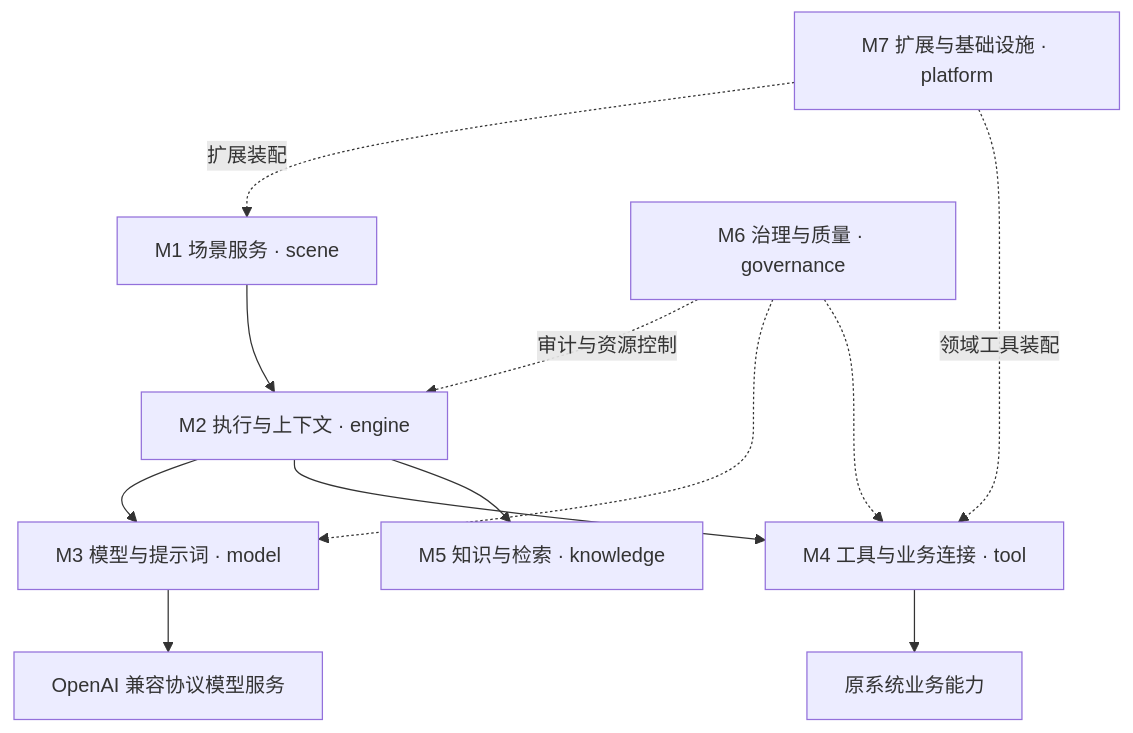
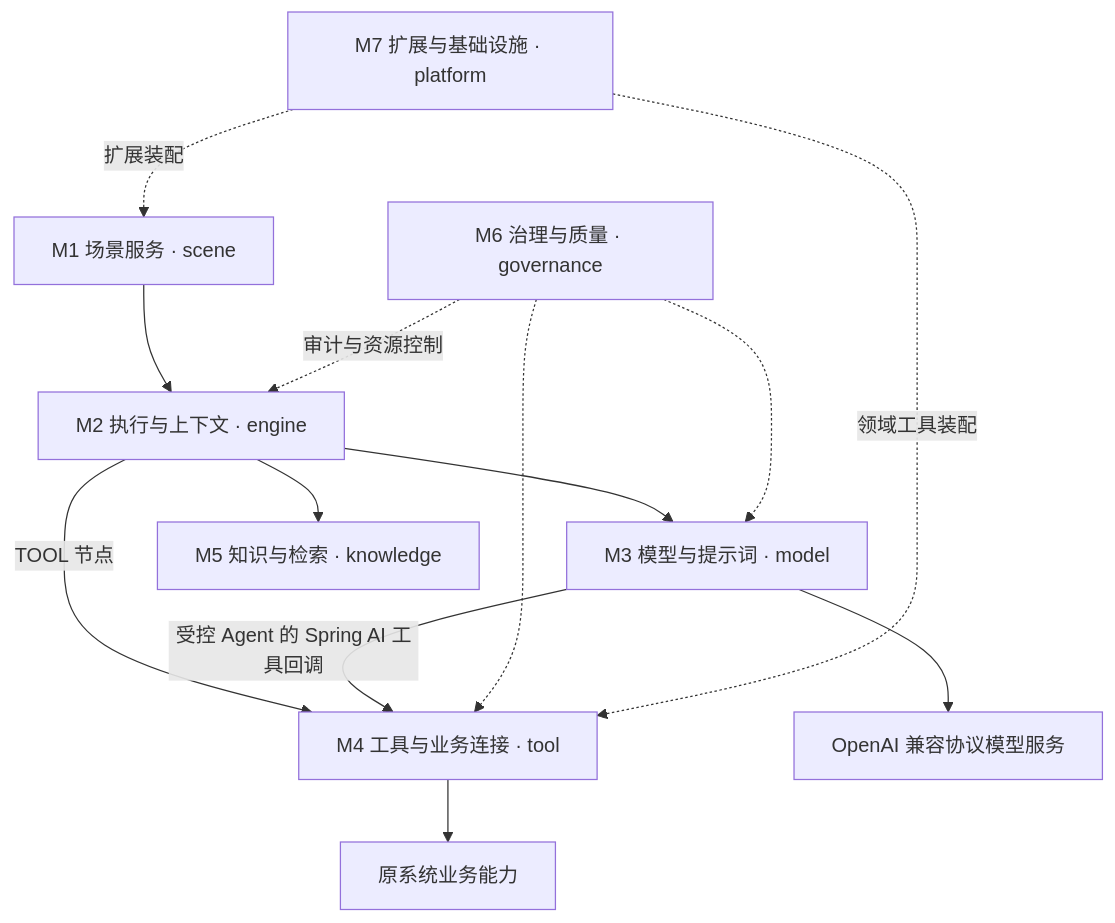
The diagram in docs/baseline/specificationV2.md (blackWhaleK/astra-core), drawn with Mermaid before and after one commit. The commit also changed other lines of this file and 3 other files, not shown here.

````diff
--- a/docs/baseline/specificationV2.md
+++ b/docs/baseline/specificationV2.md
@@ -19,21 +19,22 @@
 ```mermaid
 flowchart TB
     SCENE["M1 场景服务 · scene"]
     ENGINE["M2 执行与上下文 · engine"]
     MODEL["M3 模型与提示词 · model"]
     TOOL["M4 工具与业务连接 · tool"]
     KNOW["M5 知识与检索 · knowledge"]
     GOV["M6 治理与质量 · governance"]
     PLATFORM["M7 扩展与基础设施 · platform"]
     SCENE --> ENGINE
     ENGINE --> MODEL
-    ENGINE --> TOOL
+    ENGINE -->|TOOL 节点| TOOL
+    MODEL -->|受控 Agent 的 Spring AI 工具回调| TOOL
     ENGINE --> KNOW
     GOV -. 审计与资源控制 .-> ENGINE
     GOV -.-> MODEL
     GOV -.-> TOOL
     PLATFORM -. 扩展装配 .-> SCENE
     PLATFORM -. 领域工具装配 .-> TOOL
     MODEL --> LLM["OpenAI 兼容协议模型服务"]
     TOOL --> BIZ[原系统业务能力]
 ```
````
